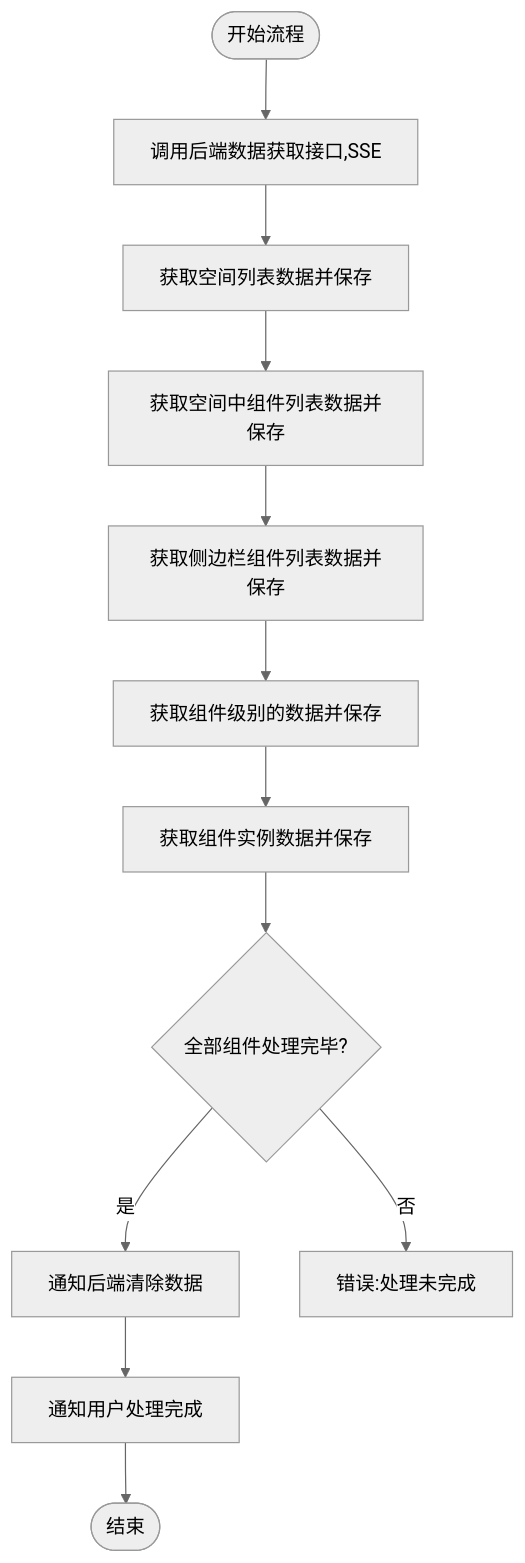
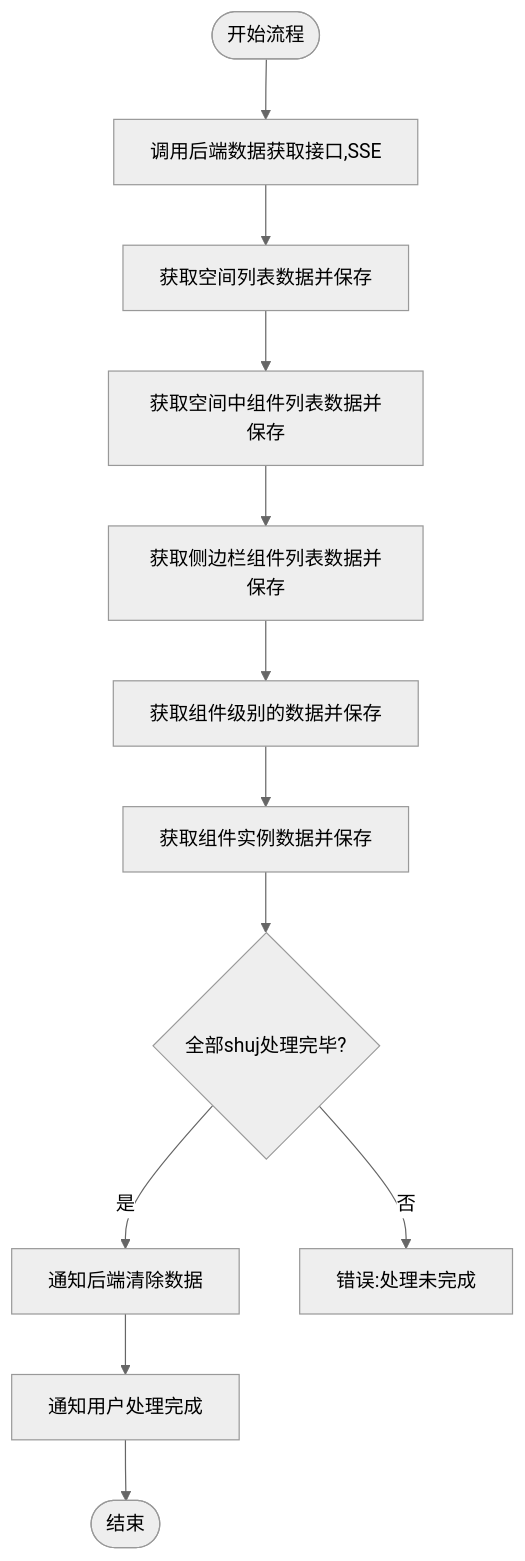
Before and after one commit to yingjianzh/iodraw-files: the diagram in all/未命名-59.md, drawn with Mermaid (neutral theme).

Commit message:
2025-05-14 14:55:23 update

````diff
--- a/all/未命名-59.md
+++ b/all/未命名-59.md
@@ -1,23 +1,23 @@
 ```mermaid
 
 flowchart TD
     Start([开始流程]) --> FetchData[调用后端数据获取接口,SSE]
     FetchData --> FetchSpaceData[获取空间列表数据并保存]
    
     FetchSpaceData --> FetchSpaceComponent[获取空间中组件列表数据并保存]
 
     FetchSpaceComponent --> FetchSiderComponent[获取侧边栏组件列表数据并保存]
 
     FetchSiderComponent --> FetchComponent[获取组件级别的数据并保存]
 
     FetchComponent --> FetchInstance[获取组件实例数据并保存]
     
-    FetchInstance --> AllComponentsProcessed{全部组件处理完毕?}
+    FetchInstance --> AllComponentsProcessed{全部shuj处理完毕?}
     
     AllComponentsProcessed -->|是| ClearServerData[通知后端清除数据]
     AllComponentsProcessed -->|否| Error3[错误:处理未完成]
     
     ClearServerData --> CompletionNotification[通知用户处理完成]
     CompletionNotification --> End([结束])
 
 ```
````
